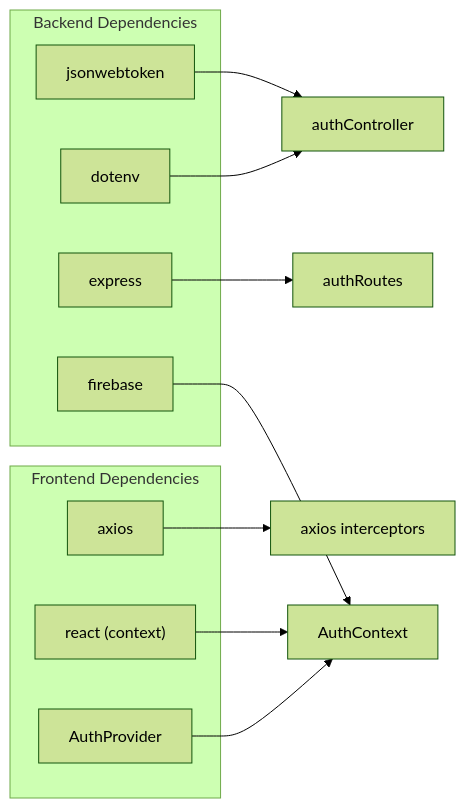
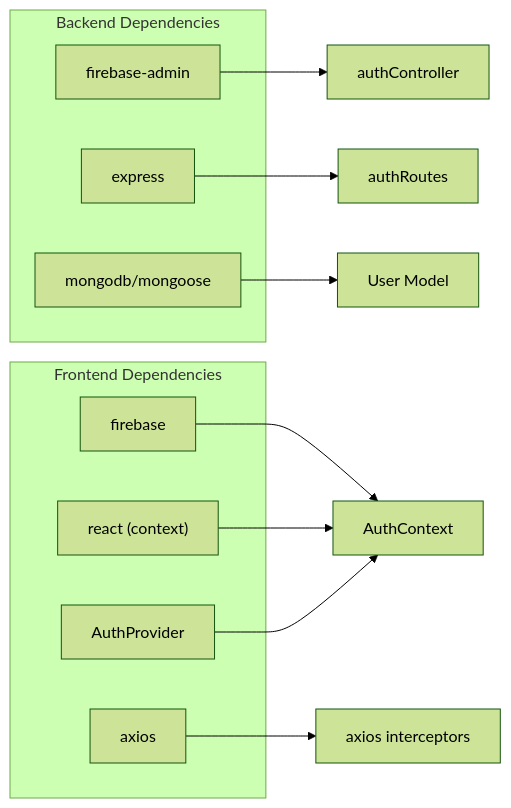
Before and after one commit to Pavan-PSPK9032/TrendsandToss: the fifth of 5 diagrams in .qoder/repowiki/en/content/Authentication & Authorization/JWT Token Flow & Management.md, drawn with Mermaid (forest theme). The commit also changed other lines of this file and 9 other files, not shown here.

````diff
--- a/.qoder/repowiki/en/content/Authentication & Authorization/JWT Token Flow & Management.md
+++ b/.qoder/repowiki/en/content/Authentication & Authorization/JWT Token Flow & Management.md
@@ -382,22 +428,21 @@
 ```mermaid
 graph LR
 subgraph "Backend Dependencies"
-JWT["jsonwebtoken"]
-DOT["dotenv"]
+FBA["firebase-admin"]
 EXP["express"]
-FIRE["firebase-admin"]
+MONGO["mongodb/mongoose"]
 end
 subgraph "Frontend Dependencies"
+FBC["firebase"]
 AX["axios"]
 RCTX["react (context)"]
 APPROV["AuthProvider"]
-FIRE["firebase"]
 end
-JWT --> AC["authController"]
-DOT --> AC
+FBA --> AC["authController"]
 EXP --> AR["authRoutes"]
+MONGO --> UM["User Model"]
+FBC --> CTX["AuthContext"]
 AX --> AXINT["axios interceptors"]
-RCTX --> CTX["AuthContext"]
+RCTX --> CTX
 APPROV --> CTX
-FIRE --> CTX
 ```
````
